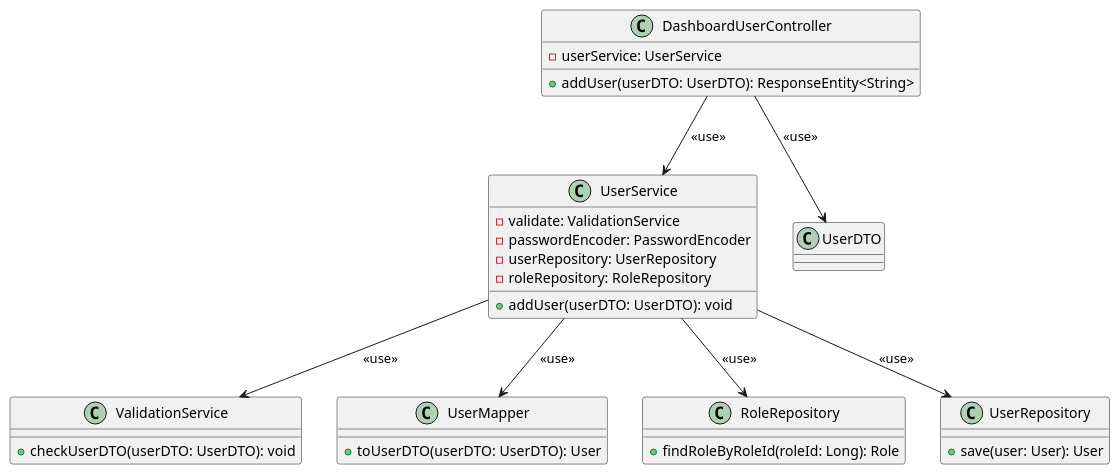
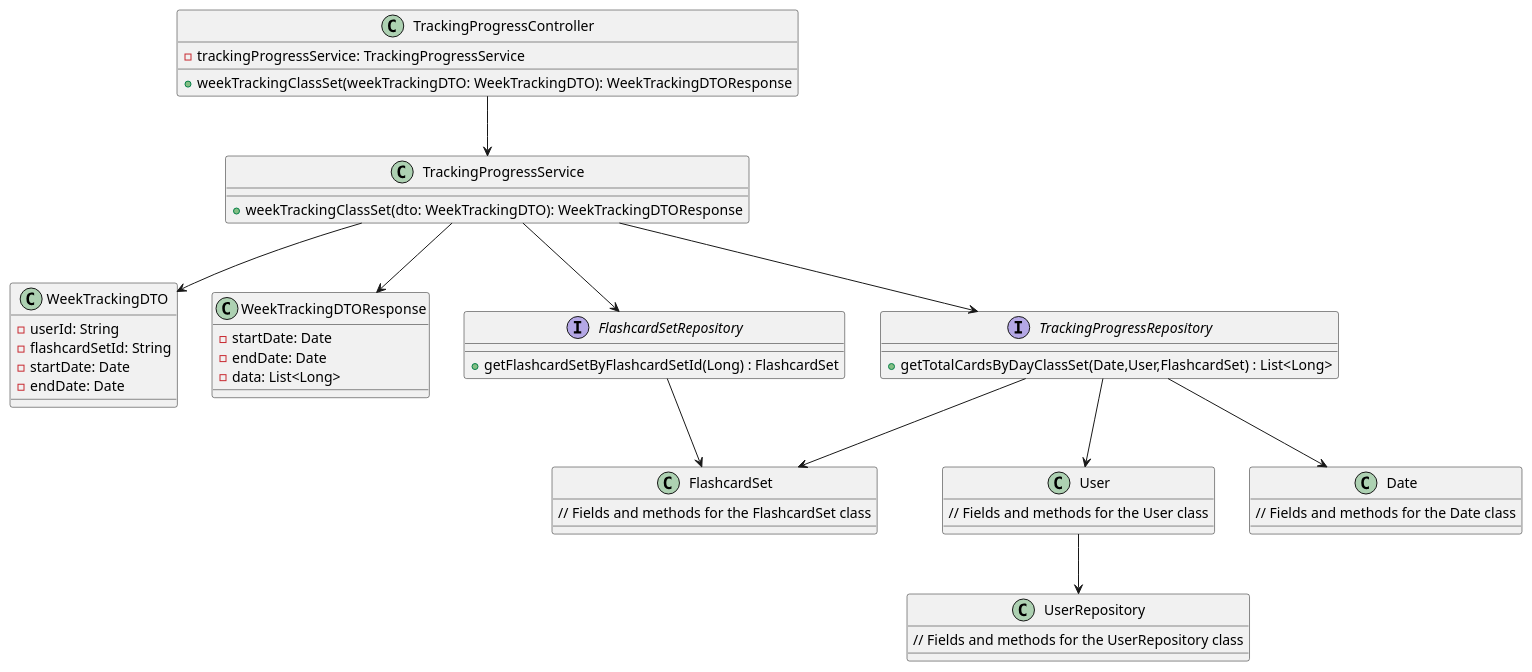
Before and after one commit to zzquocngaozz/JFlashcard: the diagram in PackageDiagram.puml, drawn with PlantUML. The commit also changed 10 other files, not shown here.

```diff
--- a/PackageDiagram.puml
+++ b/PackageDiagram.puml
@@ -1,46 +1,62 @@
 @startuml
 
-class DashboardUserController {
-    - userService: UserService
-    + addUser(userDTO: UserDTO): ResponseEntity<String>
+class TrackingProgressController {
+    - trackingProgressService: TrackingProgressService
+    + weekTrackingClassSet(weekTrackingDTO: WeekTrackingDTO): WeekTrackingDTOResponse
 }
 
-class UserService {
-    - validate: ValidationService
-    - passwordEncoder: PasswordEncoder
-    - userRepository: UserRepository
-    - roleRepository: RoleRepository
-    + addUser(userDTO: UserDTO): void
+class TrackingProgressService {
+    + weekTrackingClassSet(dto: WeekTrackingDTO): WeekTrackingDTOResponse
 }
 
-class UserDTO {
-
+class WeekTrackingDTO {
+    - userId: String
+    - flashcardSetId: String
+    - startDate: Date
+    - endDate: Date
 }
 
-class ValidationService {
-    + checkUserDTO(userDTO: UserDTO): void
+class WeekTrackingDTOResponse {
+    - startDate: Date
+    - endDate: Date
+    - data: List<Long>
 }
 
-class UserMapper {
-    + toUserDTO(userDTO: UserDTO): User
+class User {
+    // Fields and methods for the User class
 }
 
-class RoleRepository {
-    + findRoleByRoleId(roleId: Long): Role
-}
-
-
-class UserRepository {
-    + save(user: User): User
+class FlashcardSet {
+    // Fields and methods for the FlashcardSet class
 }
 
 
 
-DashboardUserController --> UserService : <<use>>
-UserService --> ValidationService : <<use>>
-UserService --> UserRepository : <<use>>
-UserService --> RoleRepository : <<use>>
-UserService --> UserMapper : <<use>>
-DashboardUserController --> UserDTO : <<use>>
+class Date {
+    // Fields and methods for the Date class
+}
+
+class UserRepository {
+    // Fields and methods for the UserRepository class
+}
+
+interface FlashcardSetRepository {
+    + getFlashcardSetByFlashcardSetId(Long) : FlashcardSet
+}
+
+interface TrackingProgressRepository {
+    + getTotalCardsByDayClassSet(Date,User,FlashcardSet) : List<Long>
+}
+
+TrackingProgressController --> TrackingProgressService
+TrackingProgressService --> WeekTrackingDTO
+TrackingProgressService --> WeekTrackingDTOResponse
+TrackingProgressService --> TrackingProgressRepository
+TrackingProgressService --> FlashcardSetRepository
+User --> UserRepository
+FlashcardSetRepository -->FlashcardSet
+TrackingProgressRepository --> Date
+TrackingProgressRepository --> User
+TrackingProgressRepository --> FlashcardSet
 
 @enduml
```
